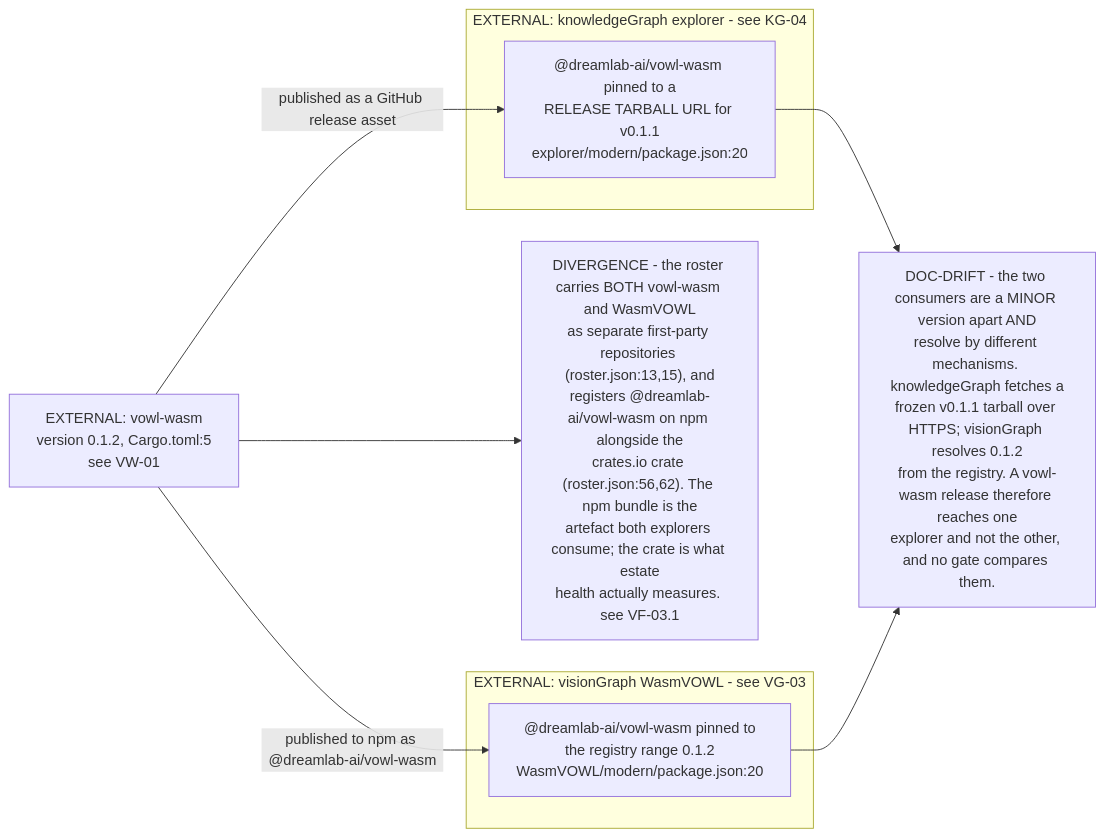
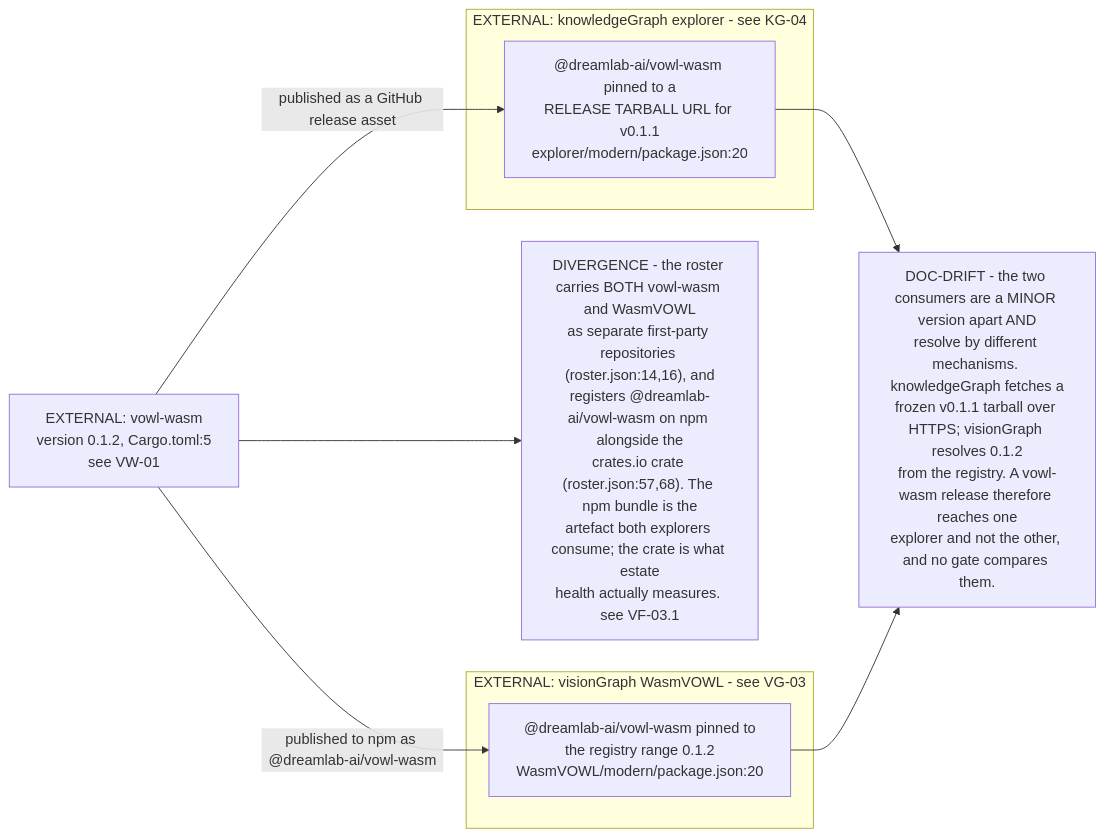
The third of 5 diagrams in docs/diagrams/estate/11-publishing-axis.md (DreamLab-AI/VisionFlow), drawn with Mermaid before and after one commit. The commit also changed other lines of this file and 94 other files, not shown here.

First line of the commit message:
docs(diagrams): re-verify 130 topics against 2 October HEADs

````diff
--- a/docs/diagrams/estate/11-publishing-axis.md
+++ b/docs/diagrams/estate/11-publishing-axis.md
@@ -91,21 +93,21 @@
 ```mermaid
 flowchart LR
     CRATE["EXTERNAL: vowl-wasm<br/>version 0.1.2, Cargo.toml:5<br/>see VW-01"]
 
     subgraph KGE["EXTERNAL: knowledgeGraph explorer - see KG-04"]
         KGP["@dreamlab-ai/vowl-wasm pinned to a<br/>RELEASE TARBALL URL for v0.1.1<br/>explorer/modern/package.json:20"]
     end
     subgraph VGE["EXTERNAL: visionGraph WasmVOWL - see VG-03"]
         VGP["@dreamlab-ai/vowl-wasm pinned to<br/>the registry range 0.1.2<br/>WasmVOWL/modern/package.json:20"]
     end
 
     CRATE -->|"published as a GitHub release asset"| KGP
     CRATE -->|"published to npm as @dreamlab-ai/vowl-wasm"| VGP
 
     D1["DOC-DRIFT - the two consumers are a MINOR version apart AND<br/>resolve by different mechanisms. knowledgeGraph fetches a<br/>frozen v0.1.1 tarball over HTTPS; visionGraph resolves 0.1.2<br/>from the registry. A vowl-wasm release therefore reaches one<br/>explorer and not the other, and no gate compares them."]
-    D2["DIVERGENCE - the roster carries BOTH vowl-wasm and WasmVOWL<br/>as separate first-party repositories (roster.json:13,15), and<br/>registers @dreamlab-ai/vowl-wasm on npm alongside the<br/>crates.io crate (roster.json:56,62). The npm bundle is the<br/>artefact both explorers consume; the crate is what estate<br/>health actually measures. see VF-03.1"]
+    D2["DIVERGENCE - the roster carries BOTH vowl-wasm and WasmVOWL<br/>as separate first-party repositories (roster.json:14,16), and<br/>registers @dreamlab-ai/vowl-wasm on npm alongside the<br/>crates.io crate (roster.json:57,68). The npm bundle is the<br/>artefact both explorers consume; the crate is what estate<br/>health actually measures. see VF-03.1"]
 
     KGP --> D1
     VGP --> D1
     CRATE --> D2
 ```
````
